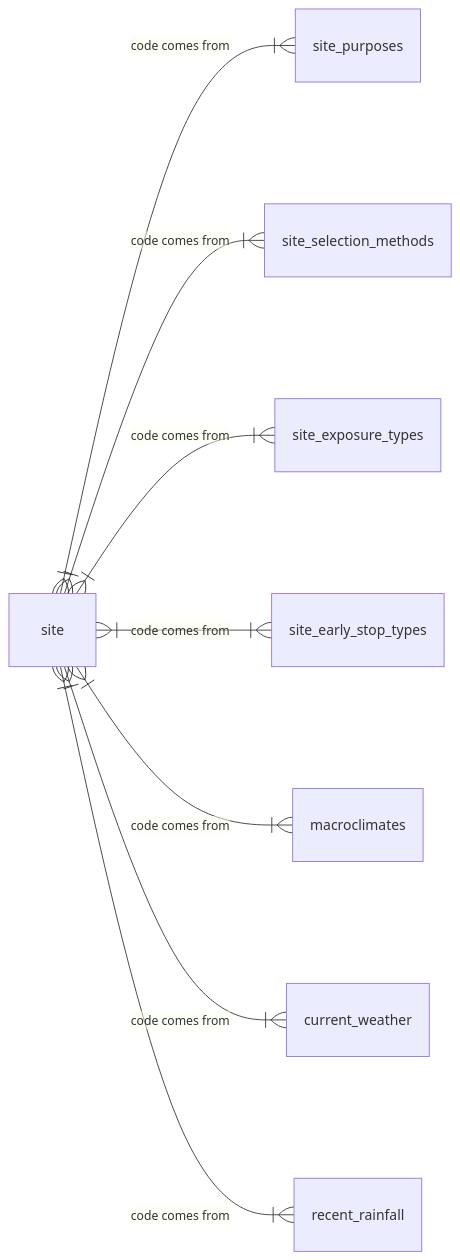
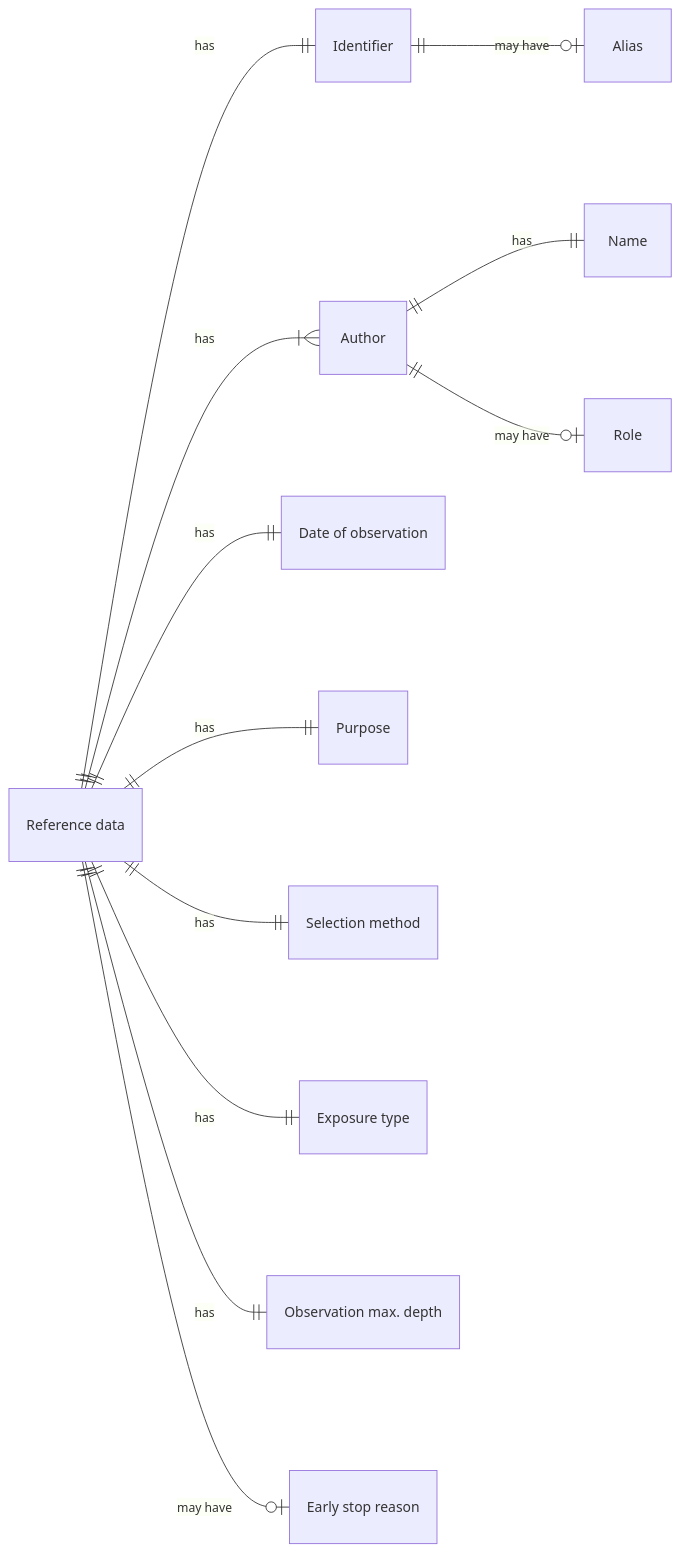
The fourth of 19 diagrams in ap_data_model.qmd (manaakiwhenua/NZ_soildesc_2024), drawn with Mermaid before and after one commit. The commit also changed other lines of this file, not shown here.

First line of the commit message:
Update ap_data_model.qmd

````diff
--- a/ap_data_model.qmd
+++ b/ap_data_model.qmd
@@ -307,15 +123,19 @@
 ```{mermaid}
-%%| label: fig-msiteo
-%%| fig-cap: "Site - Overview"
+%%| label: fig-erd-sit-ref
+%%| fig-cap: "Site - reference data"
 
 erDiagram
   direction LR
-  site }|--|{ site_purposes : "code comes from"
-  site }|--|{ site_selection_methods : "code comes from"
-  site }|--|{ site_exposure_types : "code comes from"
-  site }|--|{ site_early_stop_types : "code comes from"
-  site }|--|{ macroclimates : "code comes from"
-  site }|--|{ current_weather : "code comes from"
-  site }|--|{ recent_rainfall : "code comes from"
+  "Reference data" ||--|| Identifier : "has"
+    Identifier ||--o| Alias : "may have"
+  "Reference data" ||--|{ Author : "has"
+    Author ||--|| Name : "has"
+    Author ||--o| Role : "may have"
+  "Reference data" ||--|| "Date of observation" : "has"
+  "Reference data" ||--|| "Purpose" : "has"
+  "Reference data" ||--|| "Selection method" : "has"
+  "Reference data" ||--|| "Exposure type" : "has"
+  "Reference data" ||--|| "Observation max. depth" : "has"
+  "Reference data" ||--o| "Early stop reason" : "may have"
 
 ```
````
